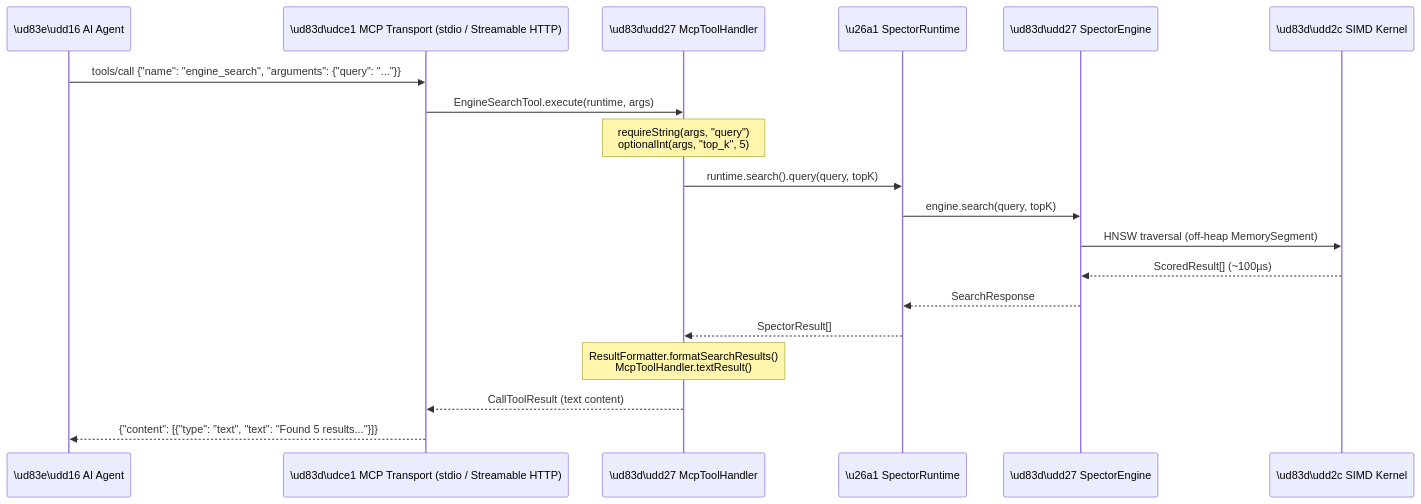
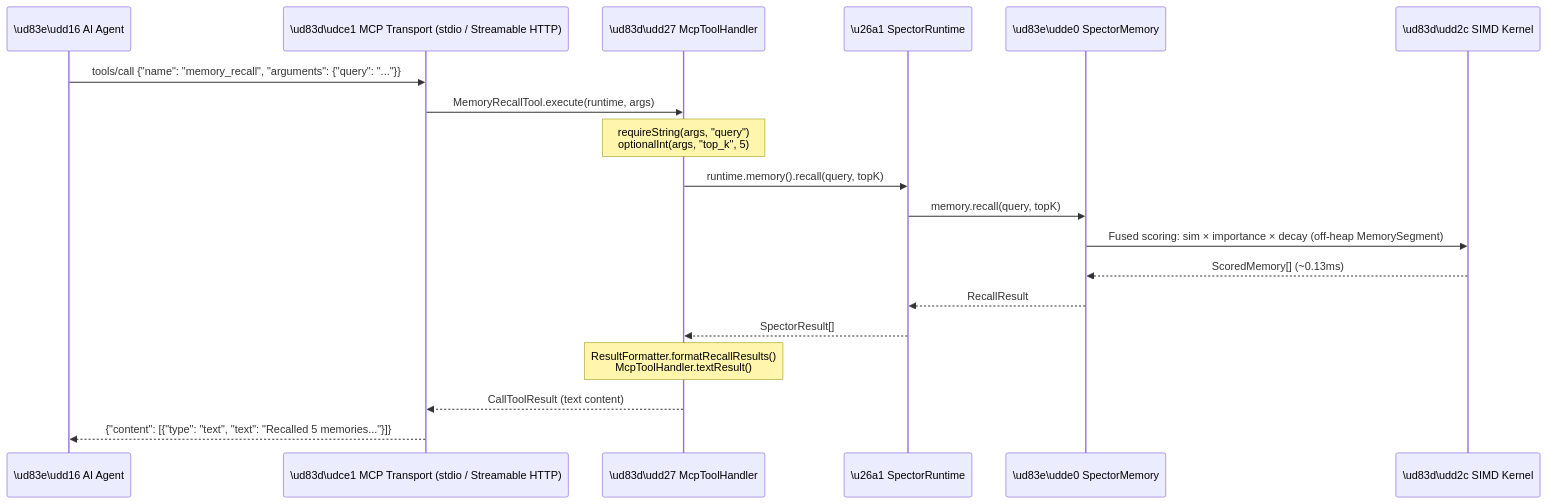
Before and after one commit to spectrayan/spector: the second of 4 diagrams in docs/docs/architecture/mcp-integration.md, drawn with Mermaid. The commit also changed other lines of this file and 9 other files, not shown here.

First line of the commit message:
docs: reposition Spector as agent-ready cognitive memory (#450) (#452)

````diff
--- a/docs/docs/architecture/mcp-integration.md
+++ b/docs/docs/architecture/mcp-integration.md
@@ -97,26 +87,26 @@
 ```mermaid
 sequenceDiagram
     participant Agent as \ud83e\udd16 AI Agent
     participant MCP as \ud83d\udce1 MCP Transport (stdio / Streamable HTTP)
     participant Handler as \ud83d\udd27 McpToolHandler
     participant Runtime as \u26a1 SpectorRuntime
-    participant Engine as \ud83d\udd27 SpectorEngine
+    participant Memory as \ud83e\udde0 SpectorMemory
     participant SIMD as \ud83d\udd2c SIMD Kernel
 
-    Agent->>MCP: tools/call {"name": "engine_search", "arguments": {"query": "..."}}
-    MCP->>Handler: EngineSearchTool.execute(runtime, args)
+    Agent->>MCP: tools/call {"name": "memory_recall", "arguments": {"query": "..."}}
+    MCP->>Handler: MemoryRecallTool.execute(runtime, args)
     
     Note over Handler: requireString(args, "query")<br/>optionalInt(args, "top_k", 5)
     
-    Handler->>Runtime: runtime.search().query(query, topK)
-    Runtime->>Engine: engine.search(query, topK)
-    Engine->>SIMD: HNSW traversal (off-heap MemorySegment)
-    SIMD-->>Engine: ScoredResult[] (~100µs)
-    Engine-->>Runtime: SearchResponse
+    Handler->>Runtime: runtime.memory().recall(query, topK)
+    Runtime->>Memory: memory.recall(query, topK)
+    Memory->>SIMD: Fused scoring: sim × importance × decay (off-heap MemorySegment)
+    SIMD-->>Memory: ScoredMemory[] (~0.13ms)
+    Memory-->>Runtime: RecallResult
     Runtime-->>Handler: SpectorResult[]
     
-    Note over Handler: ResultFormatter.formatSearchResults()<br/>McpToolHandler.textResult()
+    Note over Handler: ResultFormatter.formatRecallResults()<br/>McpToolHandler.textResult()
     
     Handler-->>MCP: CallToolResult (text content)
-    MCP-->>Agent: {"content": [{"type": "text", "text": "Found 5 results..."}]}
+    MCP-->>Agent: {"content": [{"type": "text", "text": "Recalled 5 memories..."}]}
 ```
````
